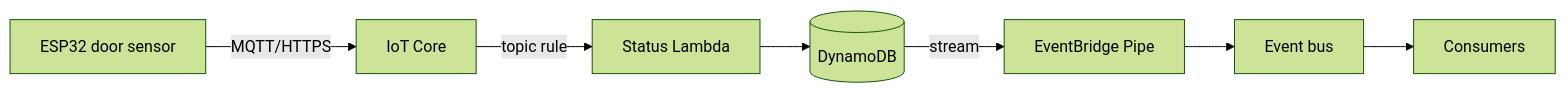
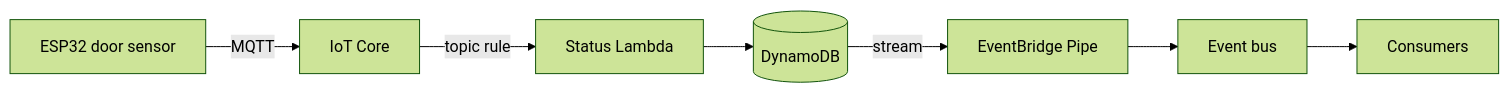
One commit to Malanius/toilet-monitor changed the diagram in README.md. Above: the diagram before and after it, drawn with Mermaid (forest theme). The commit also changed other lines of this file and 14 other files, not shown here.

````diff
--- a/README.md
+++ b/README.md
@@ -5,9 +5,9 @@
 ```mermaid
 flowchart LR
-  device[ESP32 door sensor] -- MQTT/HTTPS --> iot[IoT Core]
+  device[ESP32 door sensor] -- MQTT --> iot[IoT Core]
   iot -- topic rule --> lambda[Status Lambda]
   lambda --> ddb[(DynamoDB)]
   ddb -- stream --> pipe[EventBridge Pipe]
   pipe --> bus[Event bus]
   bus --> consumers[Consumers]
 ```
````
